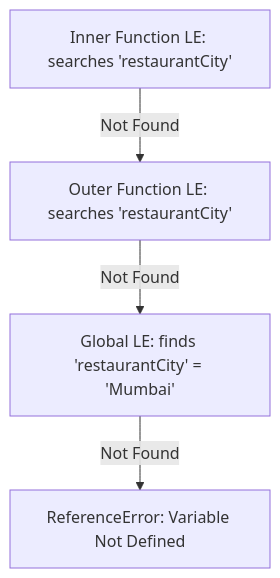
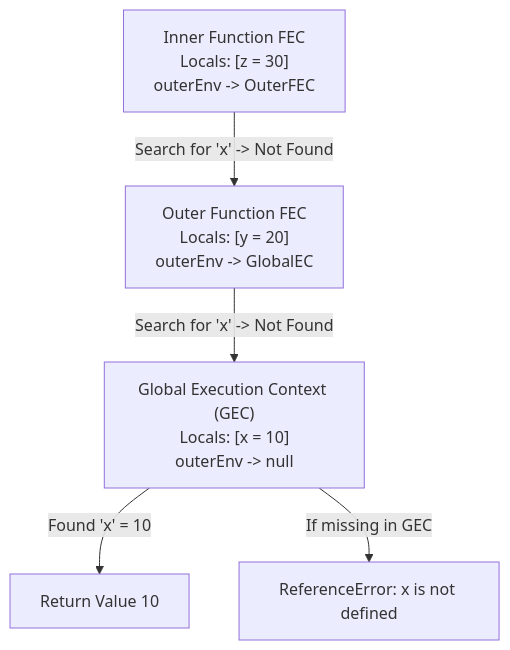
One commit to Amie-dev/engineering-playbook changed the third of 4 diagrams in js-internals/04-execution-context.md. Above: the diagram before and after it, drawn with Mermaid. The commit also changed other lines of this file and 17 other files, not shown here.

````diff
--- a/js-internals/04-execution-context.md
+++ b/js-internals/04-execution-context.md
@@ -102,6 +68,8 @@
 ```mermaid
 flowchart TD
-    InnerLE["Inner Function LE: searches 'restaurantCity'"] -->|Not Found| OuterLE["Outer Function LE: searches 'restaurantCity'"]
-    OuterLE -->|Not Found| GlobalLE["Global LE: finds 'restaurantCity' = 'Mumbai'"]
-    GlobalLE -->|Not Found| RefErr["ReferenceError: Variable Not Defined"]
+    InnerEC["Inner Function FEC<br/>Locals: [z = 30]<br/>outerEnv -> OuterFEC"] -->|Search for 'x' -> Not Found| OuterEC["Outer Function FEC<br/>Locals: [y = 20]<br/>outerEnv -> GlobalEC"]
+    OuterEC -->|Search for 'x' -> Not Found| GlobalEC["Global Execution Context (GEC)<br/>Locals: [x = 10]<br/>outerEnv -> null"]
+    GlobalEC -->|Found 'x' = 10| ReturnVal["Return Value 10"]
+    
+    GlobalEC -- "If missing in GEC" --> RefErr["ReferenceError: x is not defined"]
 ```
````
